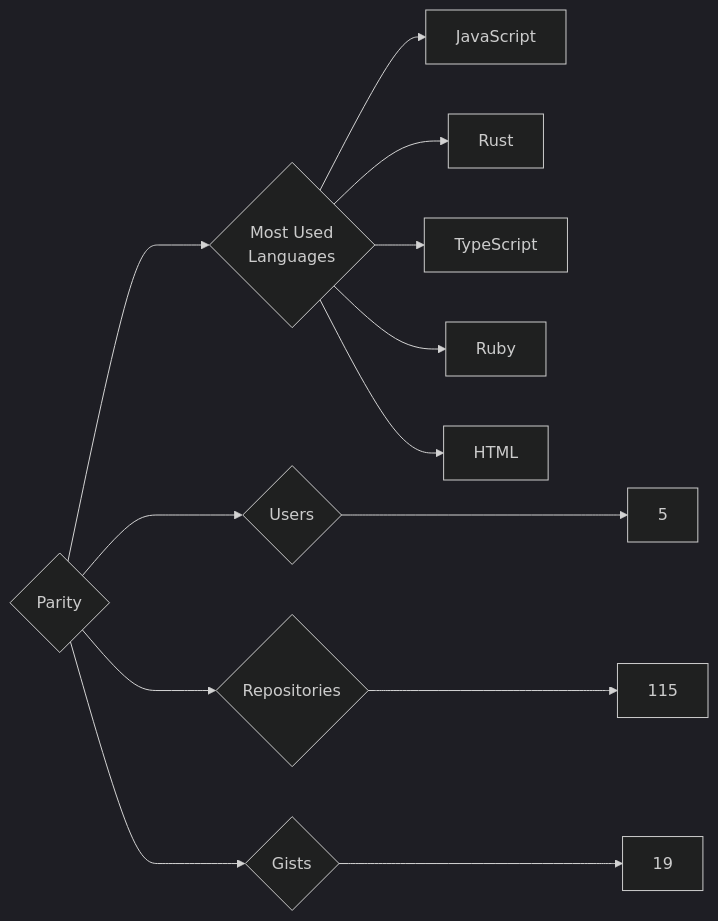
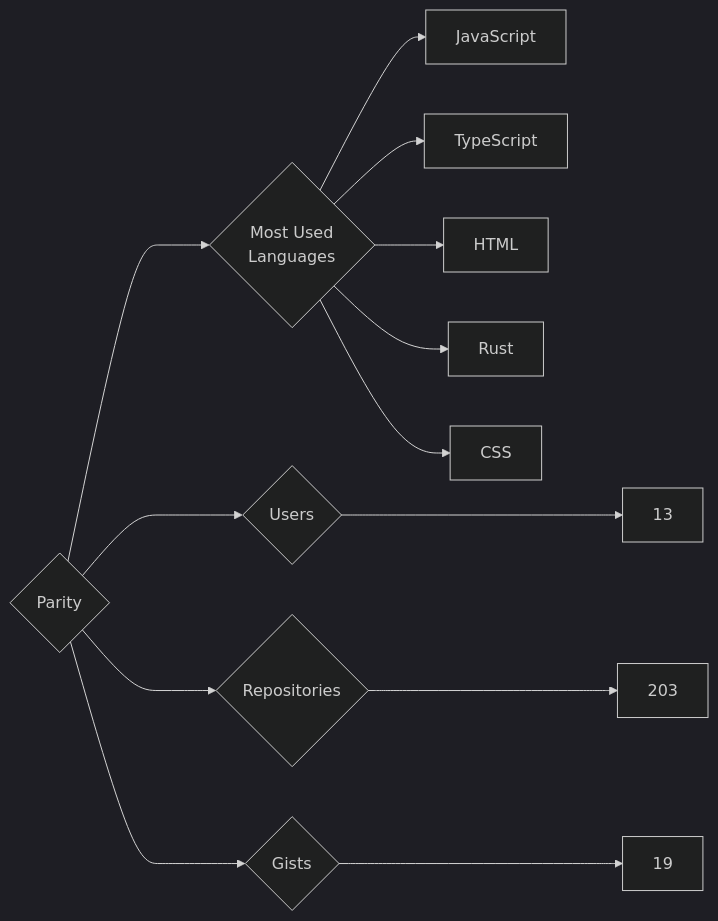
One commit to trickest/insiders changed the diagram in targets/Parity/README.md. Above: the diagram before and after it, drawn with Mermaid (dark theme). The commit also changed 770 other files, not shown here.

````diff
--- a/targets/Parity/README.md
+++ b/targets/Parity/README.md
@@ -3,13 +3,13 @@
 ```mermaid
 graph LR
 COMPANY_NAME{Parity}
-COMPANY_NAME ---> U{Users} ---> UN[5]
-COMPANY_NAME ---> R{Repositories} ---> RN[115]
+COMPANY_NAME ---> U{Users} ---> UN[13]
+COMPANY_NAME ---> R{Repositories} ---> RN[203]
 COMPANY_NAME ---> G{Gists} ---> GN[19]
 COMPANY_NAME ---> ML{Most Used<br>Languages}
 ML --> JavaScript[JavaScript]
+ML --> TypeScript[TypeScript]
+ML --> HTML[HTML]
 ML --> Rust[Rust]
-ML --> TypeScript[TypeScript]
-ML --> Ruby[Ruby]
-ML --> HTML[HTML]
+ML --> CSS[CSS]
 ```
````
